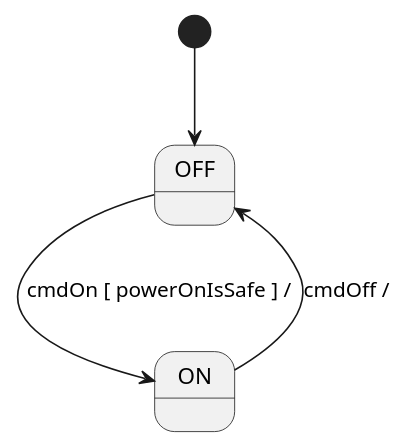
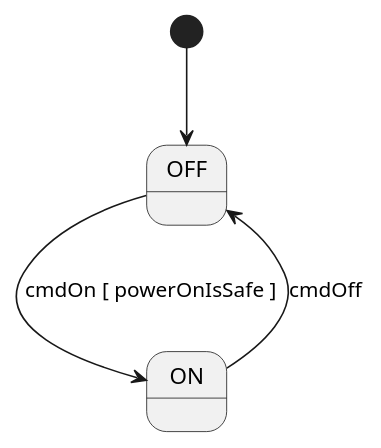
Before and after one commit to nasa/fpp: the diagram in docs/users-guide/diagrams/state-machine/GuardedTransitions.puml, drawn with PlantUML. The commit also changed 16 other files, not shown here.

Commit message:
Revise state machine diagrams

```diff
--- a/docs/users-guide/diagrams/state-machine/GuardedTransitions.puml
+++ b/docs/users-guide/diagrams/state-machine/GuardedTransitions.puml
@@ -1,12 +1,12 @@
 @startuml
 
 [*] --> OFF
 
 state OFF
 
 state ON
 
-OFF --> ON : cmdOn [ powerOnIsSafe ] /
-ON --> OFF : cmdOff /
+OFF --> ON : cmdOn [ powerOnIsSafe ]
+ON --> OFF : cmdOff
 
 @enduml
```
